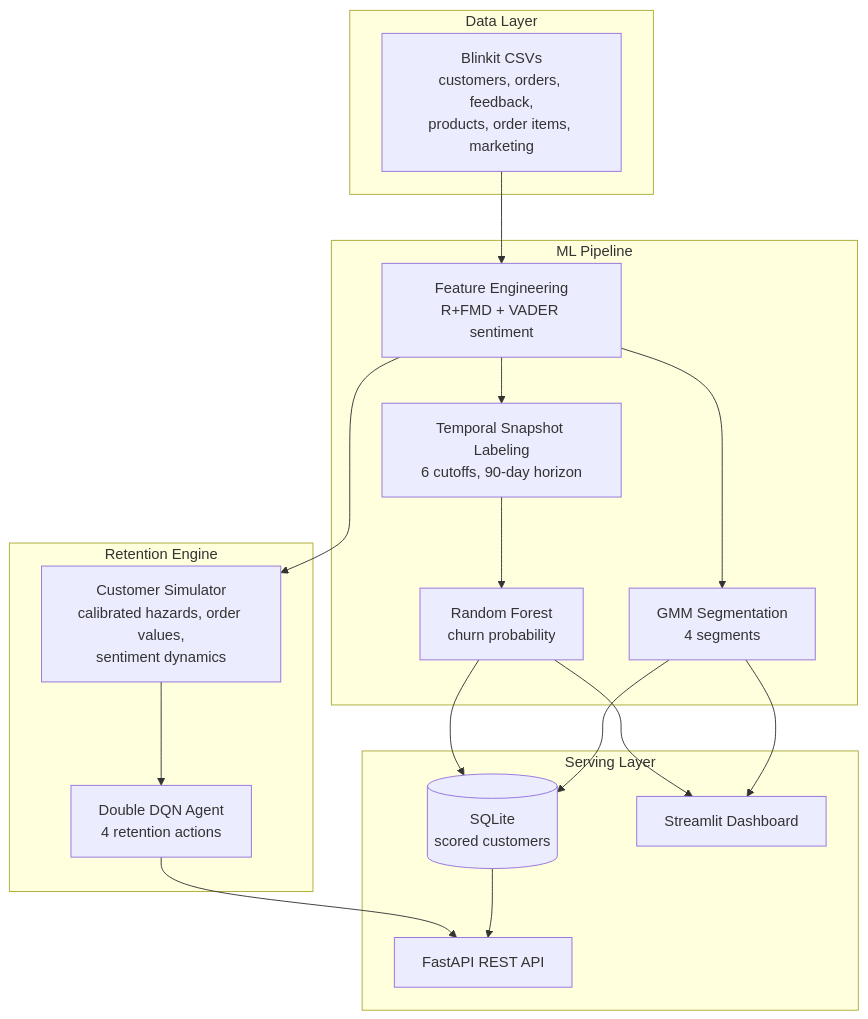
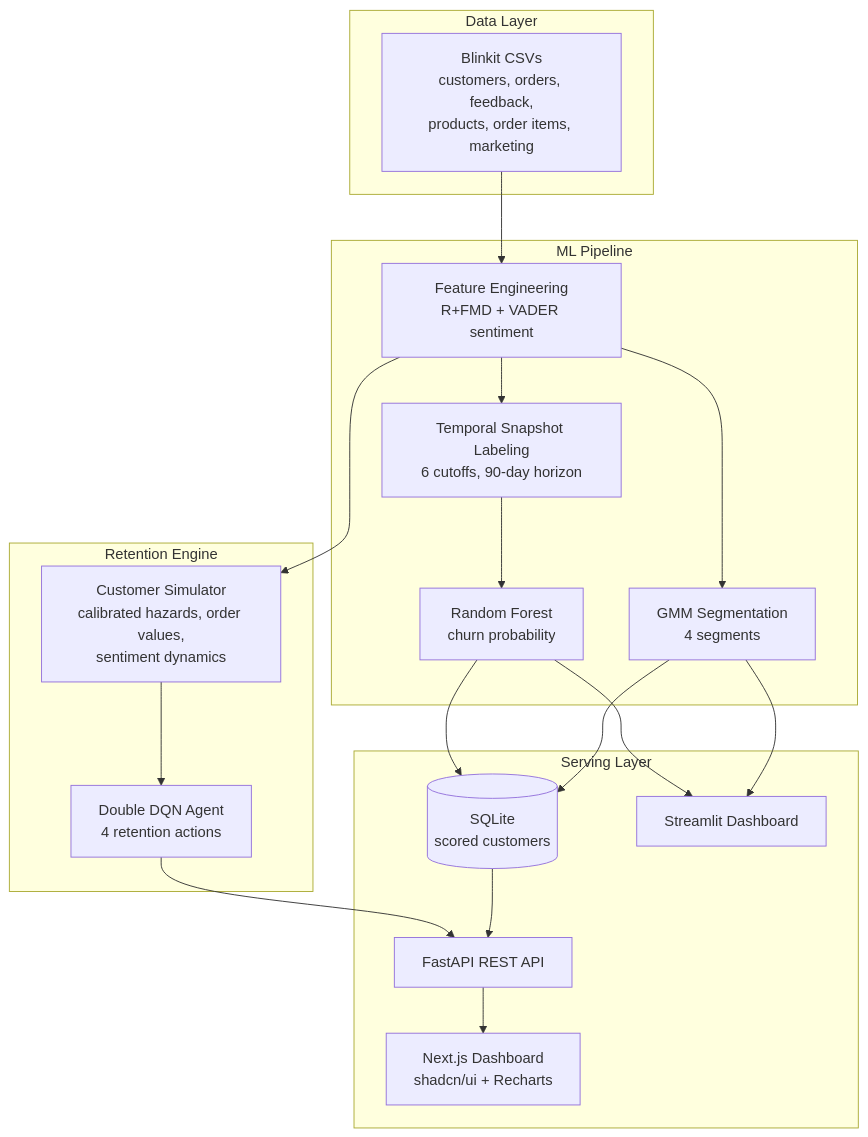
Before and after one commit to PrasannaMishra001/ChurnAware: the diagram in README.md, drawn with Mermaid. The commit also changed other lines of this file and 1 other file, not shown here.

````diff
--- a/README.md
+++ b/README.md
@@ -46,35 +47,37 @@
 ```mermaid
 flowchart TB
     subgraph Data["Data Layer"]
         CSV["Blinkit CSVs<br/>customers, orders, feedback,<br/>products, order items, marketing"]
     end
 
     subgraph ML["ML Pipeline"]
         FE["Feature Engineering<br/>R+FMD + VADER sentiment"]
         SNAP["Temporal Snapshot Labeling<br/>6 cutoffs, 90-day horizon"]
         GMM["GMM Segmentation<br/>4 segments"]
         RF["Random Forest<br/>churn probability"]
     end
 
     subgraph RL["Retention Engine"]
         SIM["Customer Simulator<br/>calibrated hazards, order values,<br/>sentiment dynamics"]
         DQN["Double DQN Agent<br/>4 retention actions"]
     end
 
     subgraph Serving["Serving Layer"]
         DB[("SQLite<br/>scored customers")]
         API["FastAPI REST API"]
+        WEB["Next.js Dashboard<br/>shadcn/ui + Recharts"]
         DASH["Streamlit Dashboard"]
     end
 
     CSV --> FE
     FE --> SNAP --> RF
     FE --> GMM
     FE --> SIM --> DQN
     RF --> DB
     GMM --> DB
     DQN --> API
     DB --> API
+    API --> WEB
     RF --> DASH
     GMM --> DASH
 ```
````
